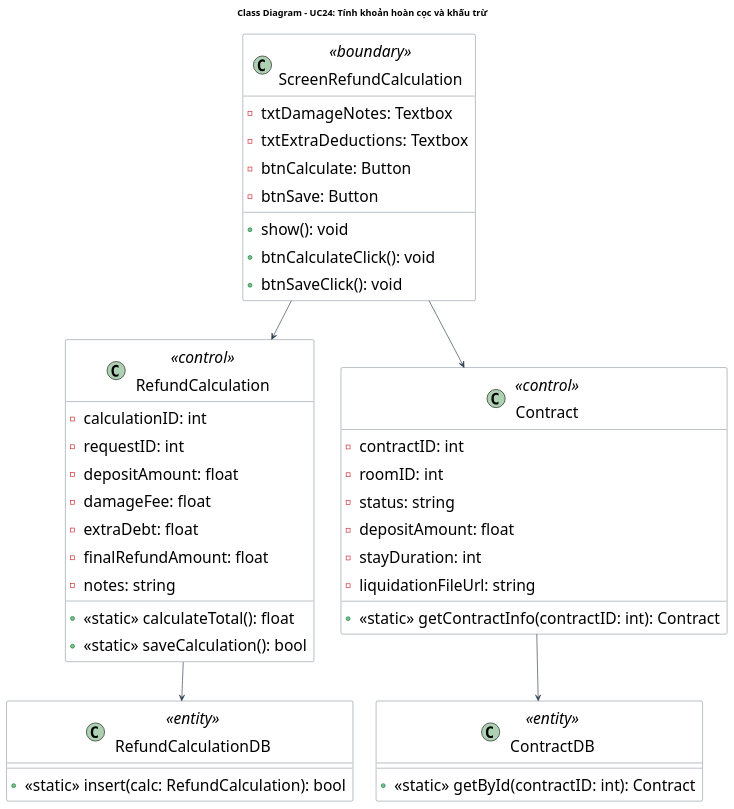
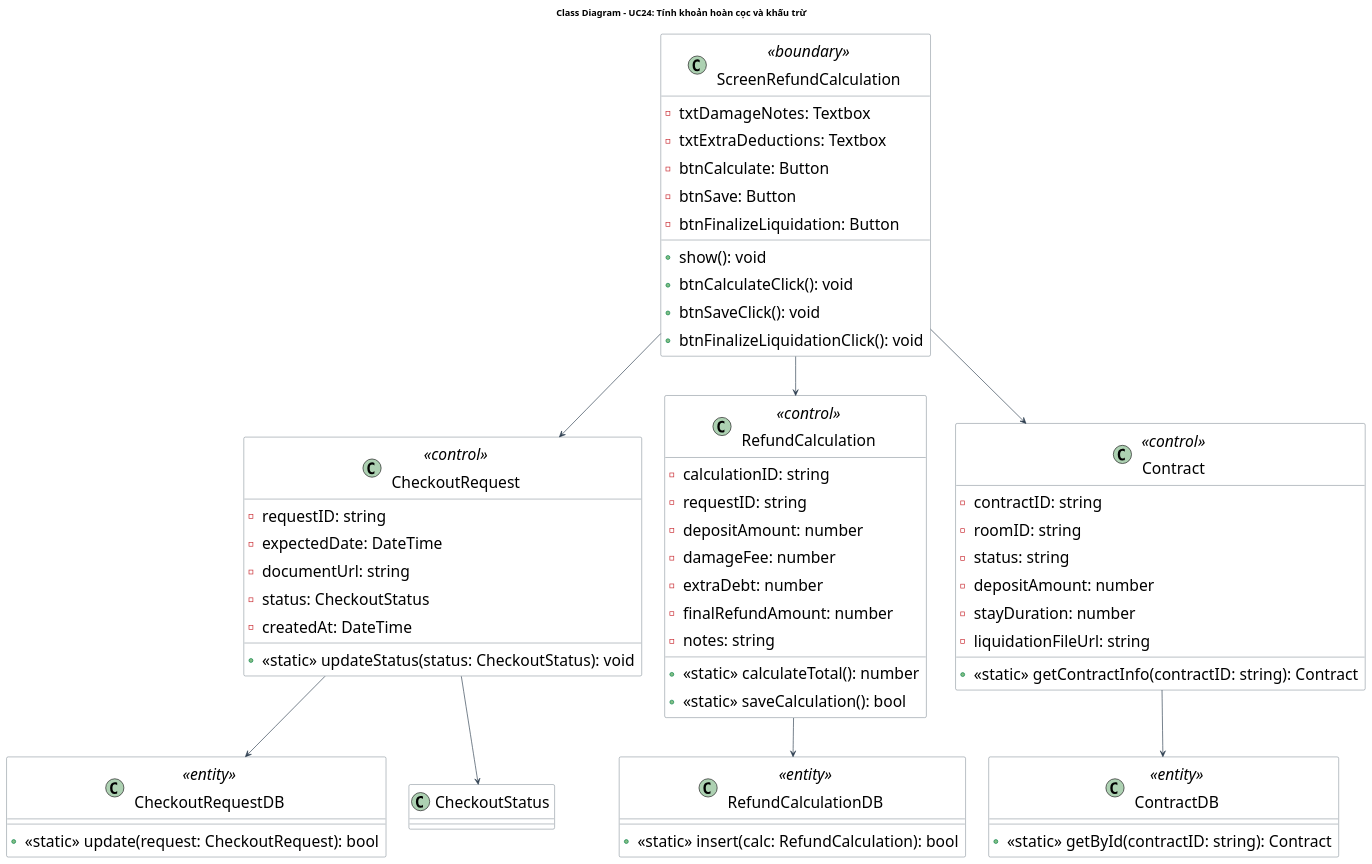
The diagram in doc/system/tinh_hoan_coc_khau_tru/TinhHoanCocKhauTru_ClassDiagram.wsd (Gnourt812005/HCMUS-Analyze-and-desgin-IS), drawn with PlantUML before and after one commit. The commit also changed 23 other files, not shown here.

```diff
--- a/doc/system/tinh_hoan_coc_khau_tru/TinhHoanCocKhauTru_ClassDiagram.wsd
+++ b/doc/system/tinh_hoan_coc_khau_tru/TinhHoanCocKhauTru_ClassDiagram.wsd
@@ -1,58 +1,76 @@
 @startuml TinhHoanCocKhauTru_ClassDiagram
 title Class Diagram - UC24: Tính khoản hoàn cọc và khấu trừ
 
 skinparam {
     ClassBackgroundColor White
     ClassBorderColor #2D3E50
     ArrowColor #2D3E50
     DefaultFontName "Arial"
     DefaultFontSize 24
     Padding 5
 }
 
 class "ScreenRefundCalculation" as CalculateRefundScreen <<boundary>> {
   - txtDamageNotes: Textbox
   - txtExtraDeductions: Textbox
   - btnCalculate: Button
   - btnSave: Button
+  - btnFinalizeLiquidation: Button
   + show(): void
   + btnCalculateClick(): void
   + btnSaveClick(): void
+  + btnFinalizeLiquidationClick(): void
+}
+
+class "CheckoutRequest" as CheckoutRequest <<control>> {
+  - requestID: string
+  - expectedDate: DateTime
+  - documentUrl: string
+  - status: CheckoutStatus
+  - createdAt: DateTime
+  + <<static>> updateStatus(status: CheckoutStatus): void
+}
+
+class "CheckoutRequestDB" as CheckoutRequestDB <<entity>> {
+  + <<static>> update(request: CheckoutRequest): bool
 }
 
 class "RefundCalculation" as RefundCalculation <<control>> {
-  - calculationID: int
-  - requestID: int
-  - depositAmount: float
-  - damageFee: float
-  - extraDebt: float
-  - finalRefundAmount: float
+  - calculationID: string
+  - requestID: string
+  - depositAmount: number
+  - damageFee: number
+  - extraDebt: number
+  - finalRefundAmount: number
   - notes: string
-  + <<static>> calculateTotal(): float
+  + <<static>> calculateTotal(): number
   + <<static>> saveCalculation(): bool
 }
 
 class "RefundCalculationDB" as RefundCalculationDB <<entity>> {
   + <<static>> insert(calc: RefundCalculation): bool
 }
 
 class "Contract" as Contract <<control>> {
-  - contractID: int
-  - roomID: int
+  - contractID: string
+  - roomID: string
   - status: string
-  - depositAmount: float
-  - stayDuration: int
+  - depositAmount: number
+  - stayDuration: number
   - liquidationFileUrl: string
-  + <<static>> getContractInfo(contractID: int): Contract
+  + <<static>> getContractInfo(contractID: string): Contract
 }
 
 class "ContractDB" as ContractDB <<entity>> {
-  + <<static>> getById(contractID: int): Contract
+  + <<static>> getById(contractID: string): Contract
 }
 
 CalculateRefundScreen --> RefundCalculation
 RefundCalculation --> RefundCalculationDB
 CalculateRefundScreen --> Contract
 Contract --> ContractDB
+CalculateRefundScreen --> CheckoutRequest
+CheckoutRequest --> CheckoutRequestDB
+CheckoutRequest --> CheckoutStatus
 
 @enduml
```
